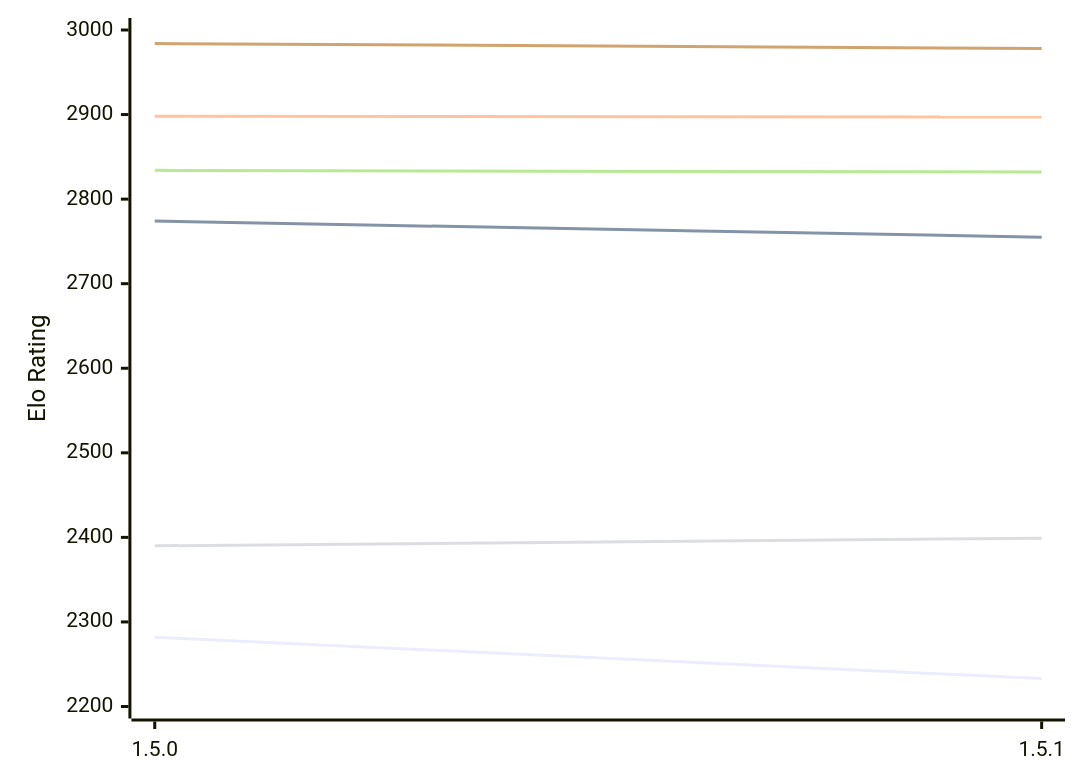
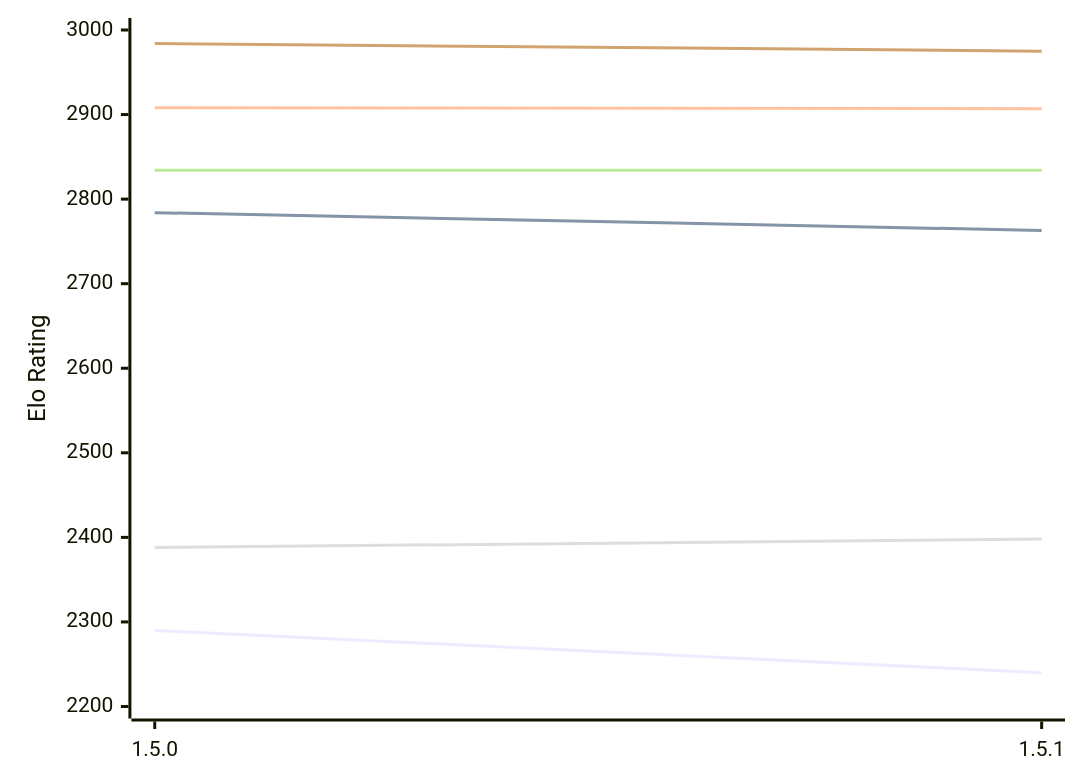
Before and after one commit to computer-chess-index/cci: the first of 2 diagrams in engines/Coco.md, drawn with Mermaid. The commit also changed other lines of this file, not shown here.

Commit message:
Update CCI Ratings (ELO VLTC) - 2026-11-07

````diff
--- a/engines/Coco.md
+++ b/engines/Coco.md
@@ -50,12 +50,12 @@
 ```mermaid
 %%{init: {"theme":"base","themeVariables":{"seriesColors:['#a3a3a3','#222221','#faa371']}}}%%
 xychart-beta
   x-axis ["1.5.0", "1.5.1"]
   y-axis "Elo Rating" 2200 --> 3000
-  line "E1: STC (8.0+0.08s)" [2282, 2233]
-  line "E1: LTC (60.0+0.60s)" [2774, 2755]
-  line "E1: VLTC (2m24s+1.12s)" [2898, 2897]
-  line "P1: STC (8.0+0.08s)" [2390, 2399]
-  line "P1: LTC (60.0+0.60s)" [2834, 2832]
-  line "P1: VLTC (2m24s+1.12s)" [2984, 2978]
+  line "E1: STC (8.0+0.08s)" [2290, 2240]
+  line "E1: LTC (60.0+0.60s)" [2784, 2763]
+  line "E1: VLTC (2m24s+1.12s)" [2908, 2907]
+  line "P1: STC (8.0+0.08s)" [2388, 2398]
+  line "P1: LTC (60.0+0.60s)" [2834, 2834]
+  line "P1: VLTC (2m24s+1.12s)" [2984, 2975]
 ```
````
